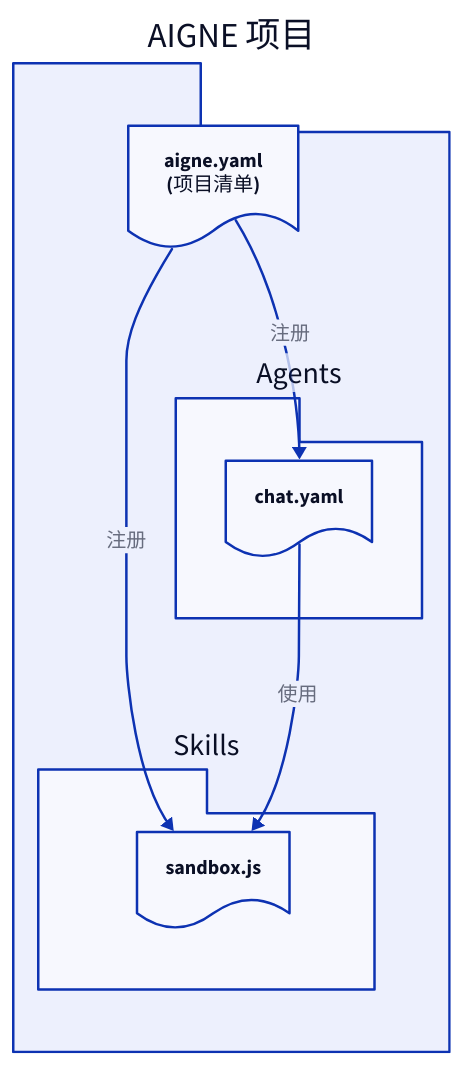
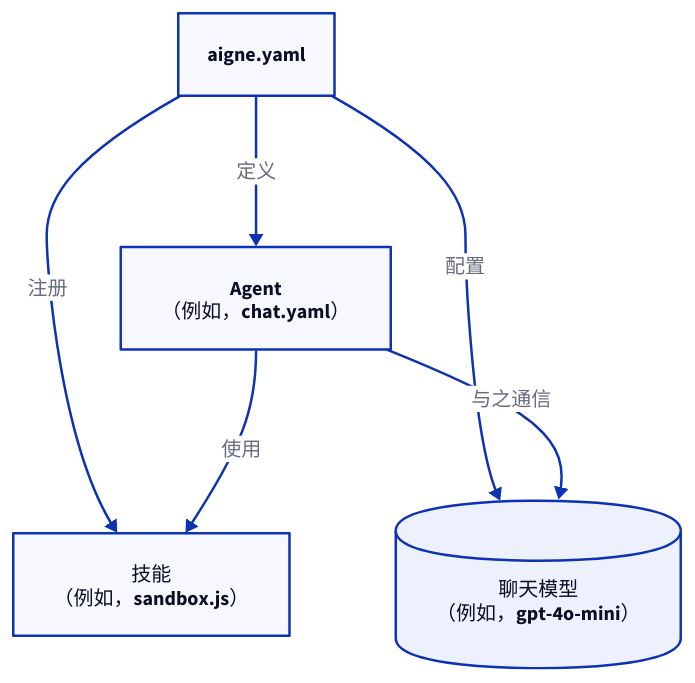
The diagram in packages/cli/docs/core-concepts.zh.md (AIGNE-io/aigne-framework), drawn with D2 before and after one commit. The commit also changed other lines of this file and 40 other files, not shown here.

````diff
--- a/packages/cli/docs/core-concepts.zh.md
+++ b/packages/cli/docs/core-concepts.zh.md
@@ -9,33 +28,29 @@
 ```d2
 direction: down
 
-AIGNE-Project: {
-  shape: package
-  label: "AIGNE 项目"
+aigne-yaml: {
+  label: "aigne.yaml"
+  shape: rectangle
+}
 
-  aigne-yaml: {
-    shape: document
-    label: "aigne.yaml\n(项目清单)"
-  }
+agent: {
+  label: "Agent\n（例如，chat.yaml）"
+  shape: rectangle
+}
 
-  Agents: {
-    shape: package
-    chat-yaml: {
-      shape: document
-      label: "chat.yaml"
-    }
-  }
+skill: {
+  label: "技能\n（例如，sandbox.js）"
+  shape: rectangle
+}
 
-  Skills: {
-    shape: package
-    sandbox-js: {
-      shape: document
-      label: "sandbox.js"
-    }
-  }
+chat-model: {
+  label: "聊天模型\n（例如，gpt-4o-mini）"
+  shape: cylinder
+}
 
-  aigne-yaml -> Agents.chat-yaml: "注册"
-  aigne-yaml -> Skills.sandbox-js: "注册"
-  Agents.chat-yaml -> Skills.sandbox-js: "使用"
-}
+aigne-yaml -> agent: "定义"
+aigne-yaml -> skill: "注册"
+aigne-yaml -> chat-model: "配置"
+agent -> skill: "使用"
+agent -> chat-model: "与之通信"
 ```
````
